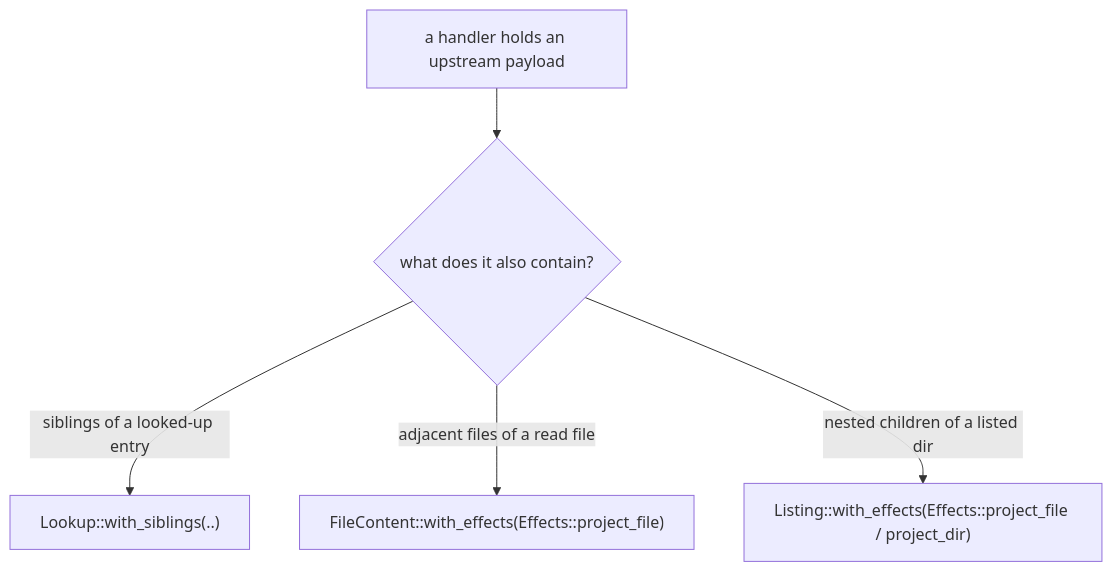
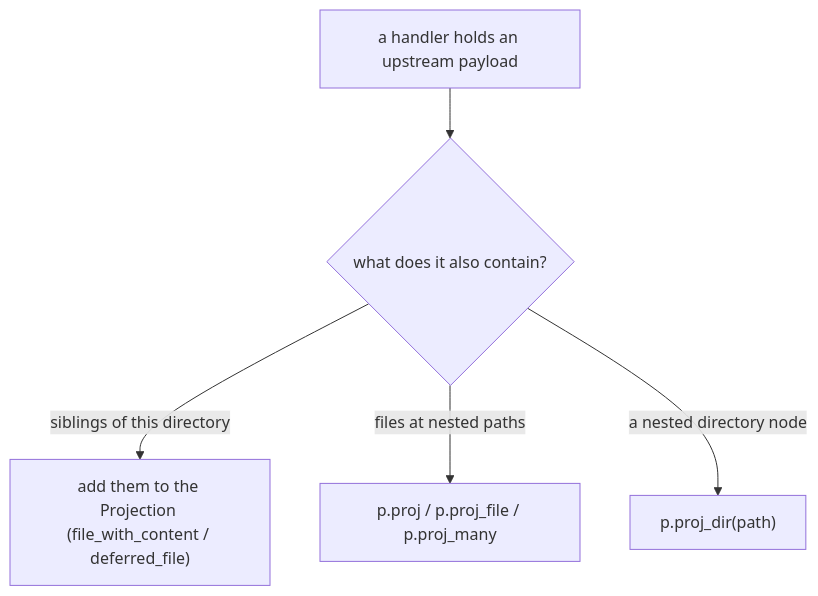
Before and after one commit to 0xff-ai/omnifs: the diagram in website/src/content/docs/building-providers/project-everything.md, drawn with Mermaid. The commit also changed other lines of this file and 11 other files, not shown here.

````diff
--- a/website/src/content/docs/building-providers/project-everything.md
+++ b/website/src/content/docs/building-providers/project-everything.md
@@ -86,7 +84,7 @@
 ```mermaid
 flowchart TD
     P["a handler holds an upstream payload"] --> Q{"what does it also contain?"}
-    Q -->|siblings of a looked-up entry| A["Lookup::with_siblings(..)"]
-    Q -->|adjacent files of a read file| B["FileContent::with_effects(Effects::project_file)"]
-    Q -->|nested children of a listed dir| C["Listing::with_effects(Effects::project_file / project_dir)"]
+    Q -->|siblings of this directory| A["add them to the Projection (file_with_content / deferred_file)"]
+    Q -->|files at nested paths| B["p.proj / p.proj_file / p.proj_many"]
+    Q -->|a nested directory node| C["p.proj_dir(path)"]
 ```
````
